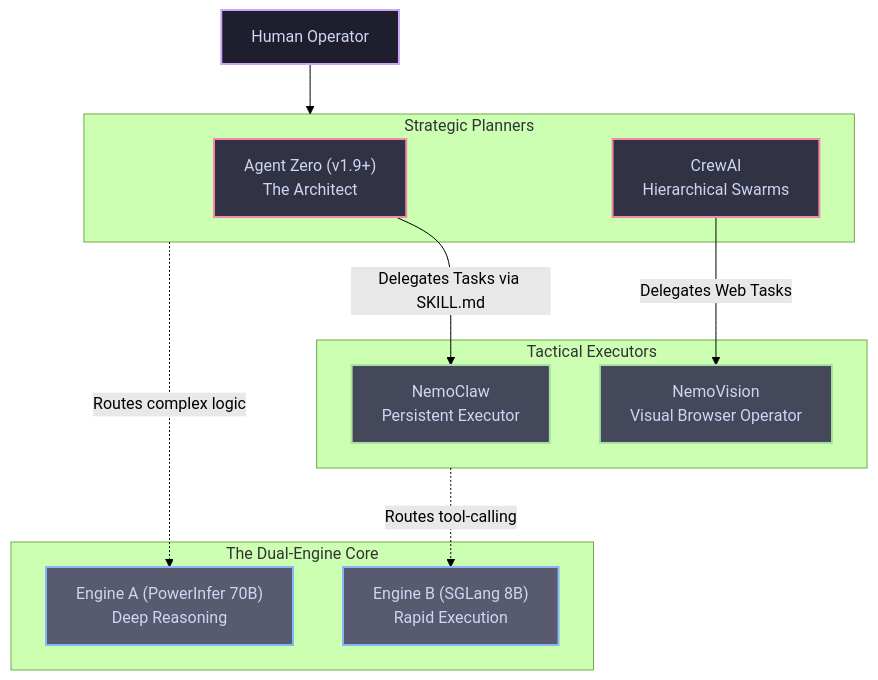
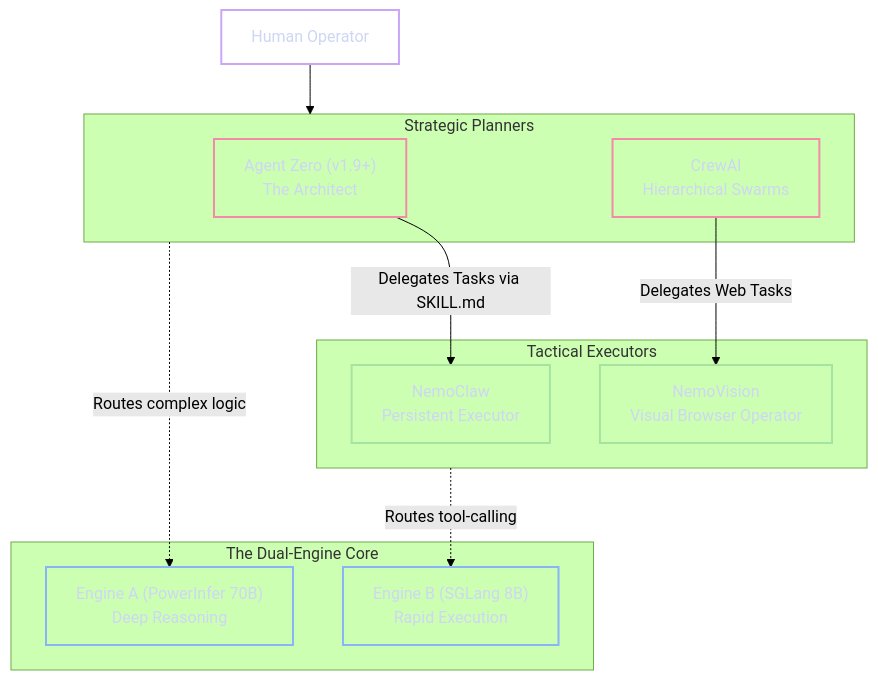
The diagram in docs/08. Agent Workflows & UI Layer.md (foersben/janus-synapse-edge), drawn with Mermaid (forest theme) before and after one commit. The commit also changed 11 other files, not shown here.

Commit message:
fixed diagrams

````diff
--- a/docs/08. Agent Workflows & UI Layer.md
+++ b/docs/08. Agent Workflows & UI Layer.md
@@ -24,32 +24,32 @@
 ```mermaid
 flowchart TD
     %% Agent Ecosystem Topology
-    classDef human fill:#1e1e2e,stroke:#cba6f7,stroke-width:2px,color:#cdd6f4
-    classDef supervisor fill:#313244,stroke:#f38ba8,stroke-width:2px,color:#cdd6f4
-    classDef worker fill:#45475a,stroke:#a6e3a1,stroke-width:2px,color:#cdd6f4
-    classDef engine fill:#585b70,stroke:#89b4fa,stroke-width:2px,color:#cdd6f4
+    classDef human fill:transparent,stroke:#cba6f7,stroke-width:2px,color:#cdd6f4
+    classDef supervisor fill:transparent,stroke:#f38ba8,stroke-width:2px,color:#cdd6f4
+    classDef worker fill:transparent,stroke:#a6e3a1,stroke-width:2px,color:#cdd6f4
+    classDef engine fill:transparent,stroke:#89b4fa,stroke-width:2px,color:#cdd6f4
 
     User["Human Operator"]:::human
 
     subgraph The_Supervisors["Strategic Planners"]
         AgentZero["Agent Zero (v1.9+)<br/>The Architect"]:::supervisor
         CrewAI["CrewAI<br/>Hierarchical Swarms"]:::supervisor
     end
 
     subgraph The_Executors["Tactical Executors"]
         NemoClaw["NemoClaw<br/>Persistent Executor"]:::worker
         NemoVision["NemoVision<br/>Visual Browser Operator"]:::worker
     end
 
     subgraph Inference_Engines["The Dual-Engine Core"]
         EngineA["Engine A (PowerInfer 70B)<br/>Deep Reasoning"]:::engine
         EngineB["Engine B (SGLang 8B)<br/>Rapid Execution"]:::engine
     end
 
     User --> The_Supervisors
     AgentZero -- "Delegates Tasks via SKILL.md" --> NemoClaw
     CrewAI -- "Delegates Web Tasks" --> NemoVision
 
     The_Supervisors -. "Routes complex logic" .-> EngineA
     The_Executors -. "Routes tool-calling" .-> EngineB
 ```
````
